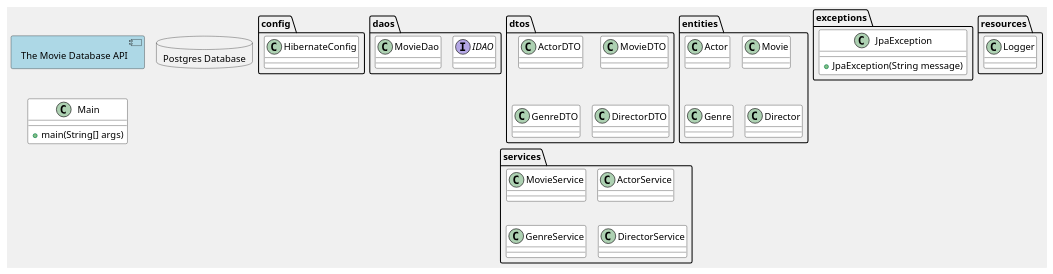
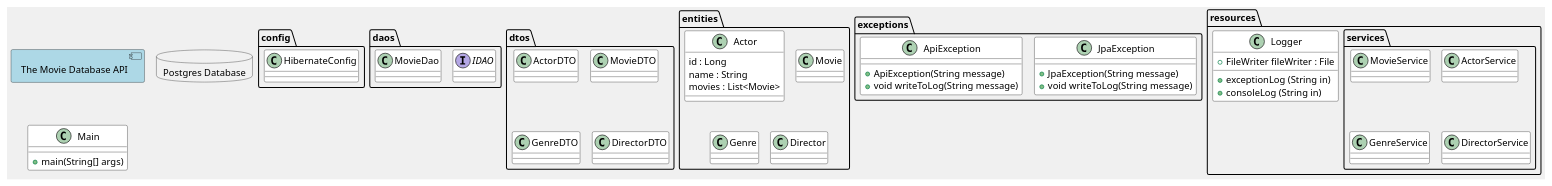
The diagram in src/docs/class_diagram_v2.puml (Jeanette93Cph/SP1MovieRepository), drawn with PlantUML before and after one commit. The commit also changed 4 other files, not shown here.

Commit message:
refactors code - updating class diagram

```diff
--- a/src/docs/class_diagram_v2.puml
+++ b/src/docs/class_diagram_v2.puml
@@ -1,80 +1,93 @@
 @startuml
 !pragma layout smetana
 
 component TMDB_API [
 The Movie Database API
 ]
 
 database Database [
 Postgres Database
 ]
 
 '' Styling
 skinparam ArrowThickness 3
 skinparam ArrowColor Orange
 skinparam backgroundColor #f0f0f0
 skinparam borderColor Black
 skinparam borderThickness 1
 
 skinparam class {
   BackgroundColor white
 }
 
 skinparam Component {
   BackgroundColor Lightblue
 }
 
 ''
 
 Class Main {
   +main(String[] args)
 }
 
 
 package "config" {
 Class HibernateConfig
 }
 
 package "daos" {
 Interface IDAO
 Class MovieDao
 }
 
 package "dtos" {
 Class ActorDTO
 Class MovieDTO
 Class GenreDTO
 Class MovieDTO
 Class DirectorDTO
 }
 
 package "entities" {
-Class Actor
+Class Actor {
+    id : Long
+    name : String
+    movies : List<Movie>
+  }
+
 Class Movie
 Class Genre
 Class Director
 }
 
 package "exceptions" {
   class JpaException {
-    +JpaException(String message)
+    + JpaException(String message)
+    + void writeToLog(String message)
+  }
+  class ApiException {
+    + ApiException(String message)
+    + void writeToLog(String message)
   }
 }
 
 package "resources" {
-Class Logger
+Class Logger {
+  + exceptionLog (String in)
+  + consoleLog (String in)
+  + FileWriter fileWriter : File
 }
 
 package "services" {
 Class MovieService
 Class ActorService
 Class GenreService
 Class DirectorService
 }
 
 ' Define relationships
 
 
 
 
 @enduml@enduml
```
